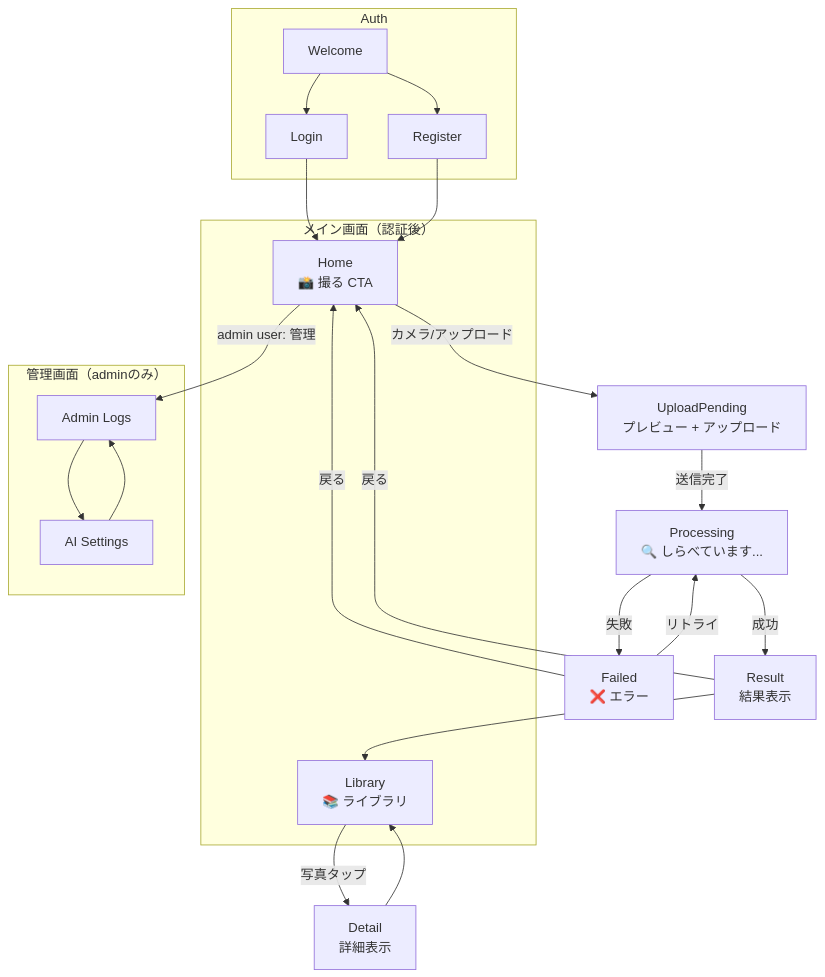
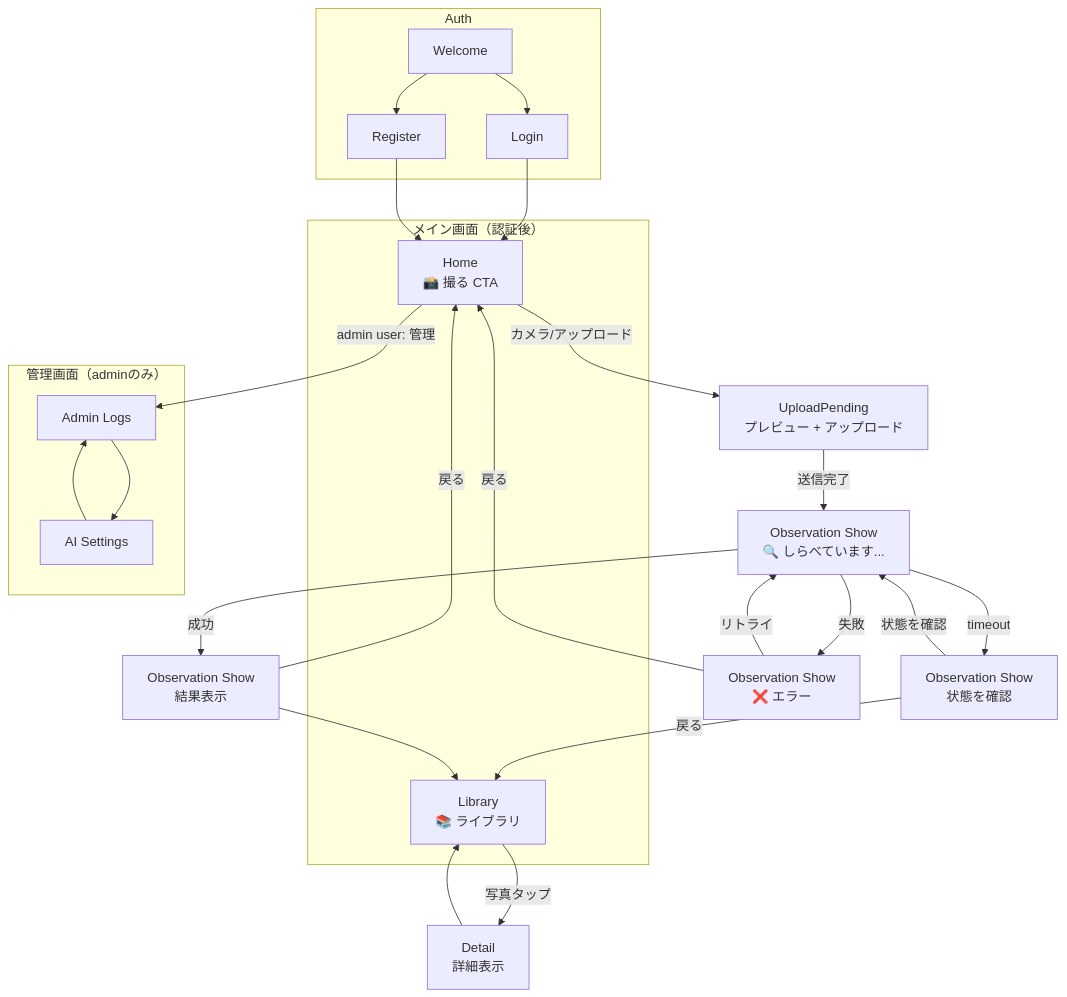
Before and after one commit to corocorococoro/LensClip: the diagram in docs/ux-flow.md, drawn with Mermaid. The commit also changed other lines of this file and 11 other files, not shown here.

````diff
--- a/docs/ux-flow.md
+++ b/docs/ux-flow.md
@@ -5,37 +5,40 @@
 ```mermaid
 flowchart TD
     subgraph Auth
         Welcome[Welcome] --> Login[Login]
         Welcome --> Register[Register]
     end
 
     Login --> Home
     Register --> Home
 
     subgraph Main["メイン画面（認証後）"]
         Home[Home<br/>📸 撮る CTA]
         Library[Library<br/>📚 ライブラリ]
     end
 
     subgraph Admin["管理画面（adminのみ）"]
         AdminLogs[Admin Logs]
         AdminAi[AI Settings]
     end
 
     Home -->|カメラ/アップロード| UploadPending[UploadPending<br/>プレビュー + アップロード]
-    UploadPending -->|送信完了| Processing[Processing<br/>🔍 しらべています...]
-    Processing -->|成功| Result[Result<br/>結果表示]
-    Processing -->|失敗| Failed[Failed<br/>❌ エラー]
-    Failed -->|リトライ| Processing
+    UploadPending -->|送信完了| ObservationShowProcessing[Observation Show<br/>🔍 しらべています...]
+    ObservationShowProcessing -->|成功| Result[Observation Show<br/>結果表示]
+    ObservationShowProcessing -->|失敗| Failed[Observation Show<br/>❌ エラー]
+    ObservationShowProcessing -->|timeout| Timeout[Observation Show<br/>状態を確認]
+    Timeout -->|状態を確認| ObservationShowProcessing
+    Timeout -->|戻る| Library
+    Failed -->|リトライ| ObservationShowProcessing
     Failed -->|戻る| Home
 
     Result -->|戻る| Home
     Result --> Library
 
     Library -->|写真タップ| Detail[Detail<br/>詳細表示]
     Detail --> Library
 
     Home -->|admin user: 管理| AdminLogs
     AdminLogs --> AdminAi
     AdminAi --> AdminLogs
 ```
````
